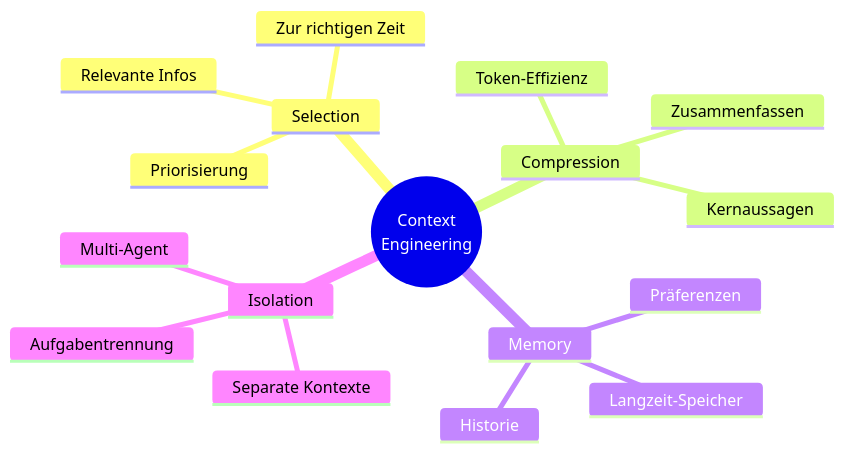
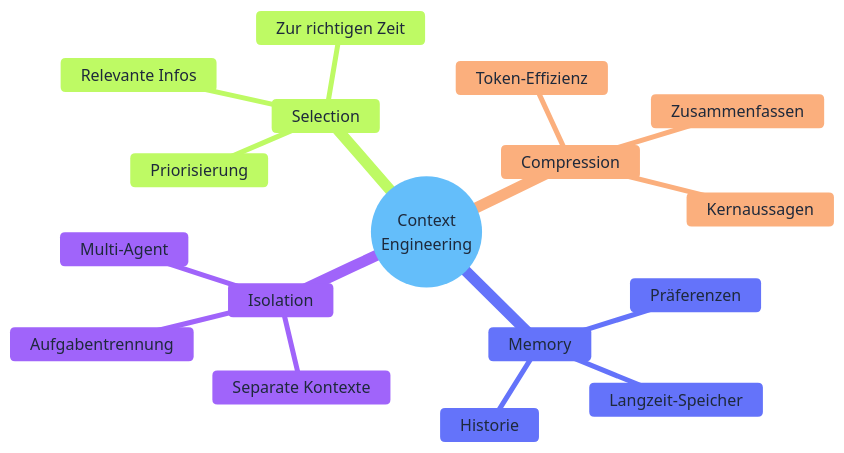
The diagram in docs/05-prompting-rag/context-engineering.md (ralf-42/GenAI), drawn with Mermaid before and after one commit. The commit also changed 25 other files, not shown here.

````diff
--- a/docs/05-prompting-rag/context-engineering.md
+++ b/docs/05-prompting-rag/context-engineering.md
@@ -72,20 +72,37 @@
 ```mermaid
+---
+config:
+  theme: base
+  look: classic
+  themeVariables:
+    primaryColor: '#e0f2fe'
+    primaryBorderColor: '#0284c7'
+    primaryTextColor: '#1e293b'
+    lineColor: '#64748b'
+    clusterBkg: '#f8fafc'
+    clusterBorder: '#cbd5e1'
+    noteBkgColor: '#fef3c7'
+    noteBorderColor: '#d97706'
+    noteTextColor: '#78350f'
+    edgeLabelBackground: '#ffffff'
+---
+
 mindmap
   root((Context<br>Engineering))
     Selection
       Relevante Infos
       Zur richtigen Zeit
       Priorisierung
     Compression
       Zusammenfassen
       Token-Effizienz
       Kernaussagen
     Memory
       Langzeit-Speicher
       Präferenzen
       Historie
     Isolation
       Separate Kontexte
       Multi-Agent
       Aufgabentrennung
 ```
````
